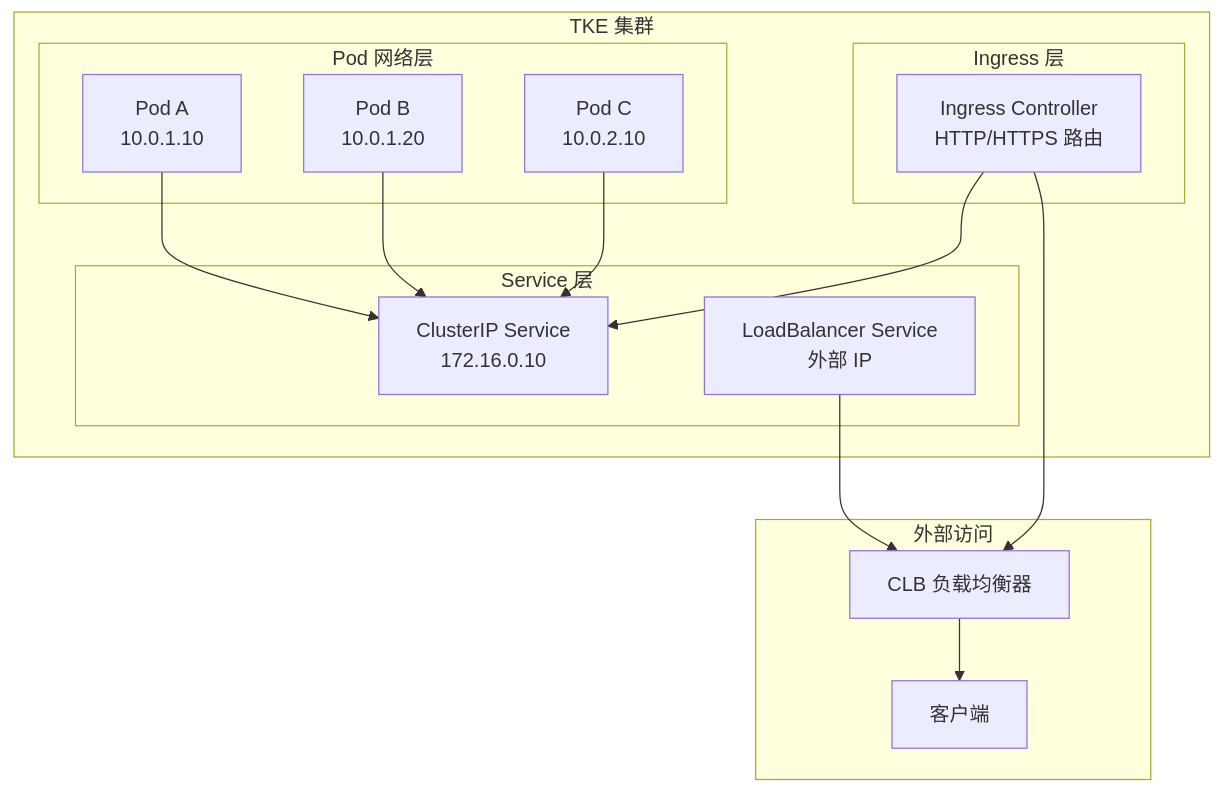
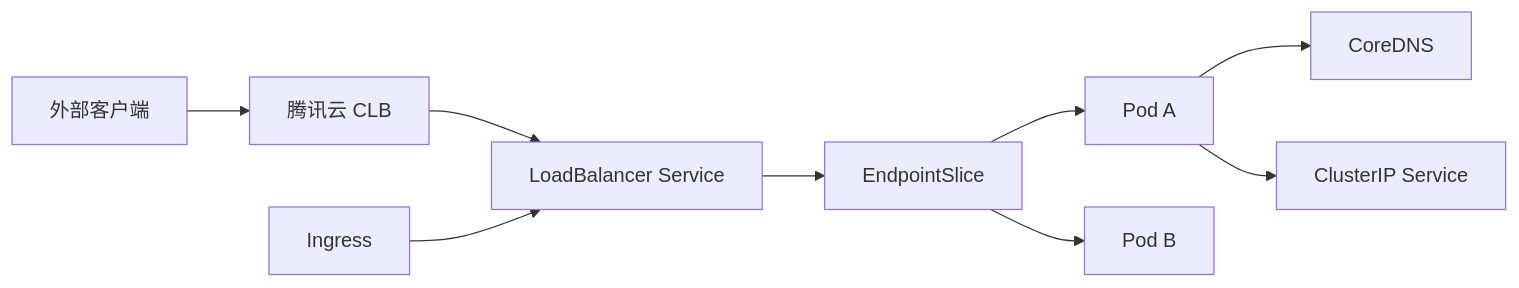
The diagram in src/content/docs/networking/index.md (tke-workshop/tke-workshop.github.io), drawn with Mermaid before and after one commit. The commit also changed other lines of this file and 44 other files, not shown here.

````diff
--- a/src/content/docs/networking/index.md
+++ b/src/content/docs/networking/index.md
@@ -79,34 +26,11 @@
 ```mermaid
-graph TB
-    subgraph "TKE 集群"
-        subgraph "Pod 网络层"
-            Pod1[Pod A<br/>10.0.1.10]
-            Pod2[Pod B<br/>10.0.1.20]
-            Pod3[Pod C<br/>10.0.2.10]
-        end
-        
-        subgraph "Service 层"
-            SvcCluster[ClusterIP Service<br/>172.16.0.10]
-            SvcLB[LoadBalancer Service<br/>外部 IP]
-        end
-        
-        subgraph "Ingress 层"
-            Ingress[Ingress Controller<br/>HTTP/HTTPS 路由]
-        end
-    end
-    
-    subgraph "外部访问"
-        Client[客户端]
-        CLB[CLB 负载均衡器]
-    end
-    
-    Pod1 --> SvcCluster
-    Pod2 --> SvcCluster
-    Pod3 --> SvcCluster
-    
-    SvcLB --> CLB
-    CLB --> Client
-    
-    Ingress --> CLB
-    Ingress --> SvcCluster
+flowchart LR
+    Client[外部客户端] --> CLB[腾讯云 CLB]
+    CLB --> Service[LoadBalancer Service]
+    Ingress[Ingress] --> Service
+    Service --> EndpointSlice[EndpointSlice]
+    EndpointSlice --> PodA[Pod A]
+    EndpointSlice --> PodB[Pod B]
+    PodA --> CoreDNS[CoreDNS]
+    PodA --> ClusterIP[ClusterIP Service]
 ```
````
